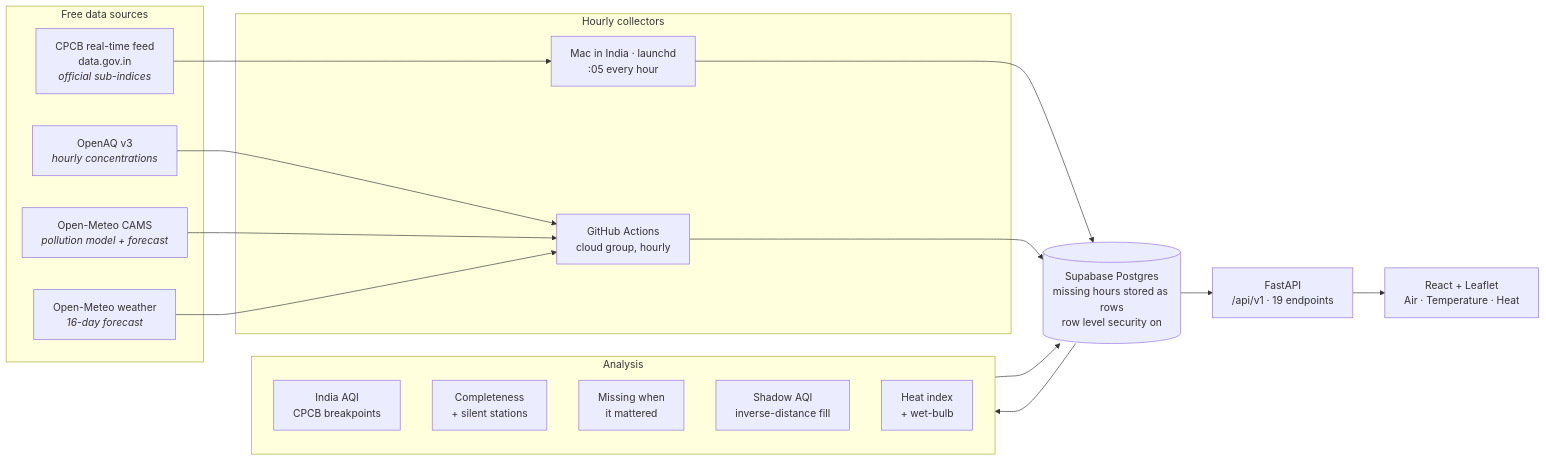
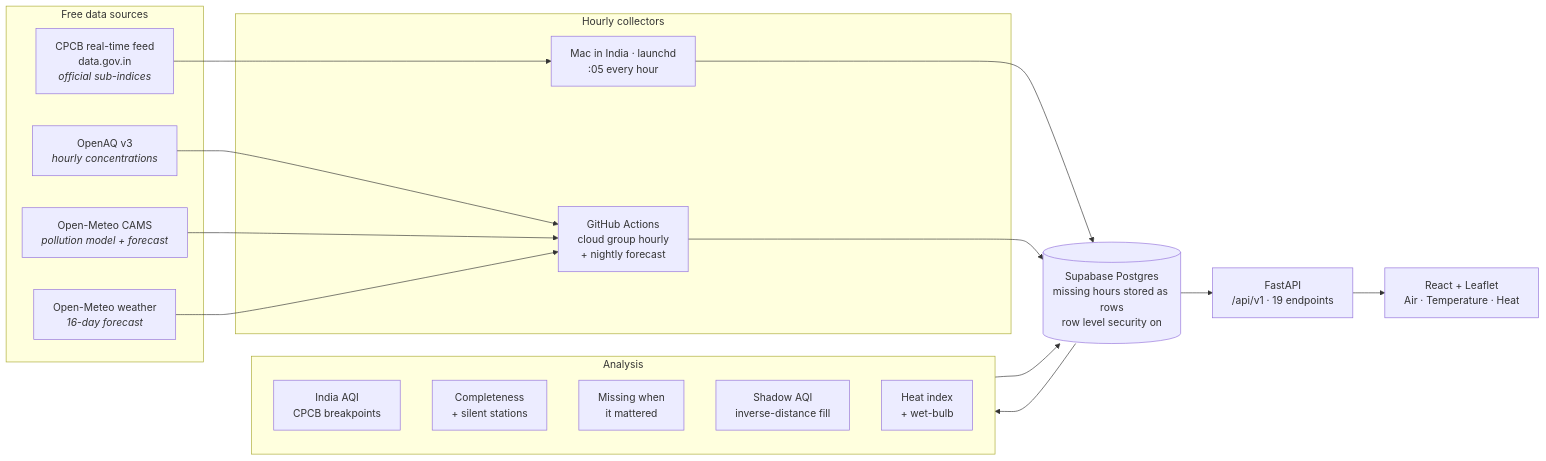
One commit to tanaygit0530/Vayukavach changed the second of 7 diagrams in README.md. Above: the diagram before and after it, drawn with Mermaid. The commit also changed other lines of this file and 28 other files, not shown here.

Commit message:
Phase 8: AQI forecasts (history backfill, corrected CAMS days 1-5, quantile outlook days 6-10, 12-month rolling backtest, nightly gated retrain, served 10-day chart)

````diff
--- a/README.md
+++ b/README.md
@@ -113,36 +113,36 @@
 ```mermaid
 flowchart LR
   subgraph SRC["Free data sources"]
     CPCB["CPCB real-time feed<br/>data.gov.in<br/><i>official sub-indices</i>"]
     OAQ["OpenAQ v3<br/><i>hourly concentrations</i>"]
     CAMS["Open-Meteo CAMS<br/><i>pollution model + forecast</i>"]
     WX["Open-Meteo weather<br/><i>16-day forecast</i>"]
   end
 
   subgraph COLLECT["Hourly collectors"]
     MAC["Mac in India · launchd<br/>:05 every hour"]
-    GHA["GitHub Actions<br/>cloud group, hourly"]
+    GHA["GitHub Actions<br/>cloud group hourly<br/>+ nightly forecast"]
   end
 
   DB[("Supabase Postgres<br/>missing hours stored as rows<br/>row level security on")]
 
   subgraph AN["Analysis"]
     AQI["India AQI<br/>CPCB breakpoints"]
     COMP["Completeness<br/>+ silent stations"]
     GAP["Missing when<br/>it mattered"]
     SH["Shadow AQI<br/>inverse-distance fill"]
     HEAT["Heat index<br/>+ wet-bulb"]
   end
 
   API["FastAPI<br/>/api/v1 · 19 endpoints"]
   UI["React + Leaflet<br/>Air · Temperature · Heat"]
 
   CPCB --> MAC
   OAQ --> GHA
   CAMS --> GHA
   WX --> GHA
   MAC --> DB
   GHA --> DB
   DB --> AN --> DB
   DB --> API --> UI
 ```
````
